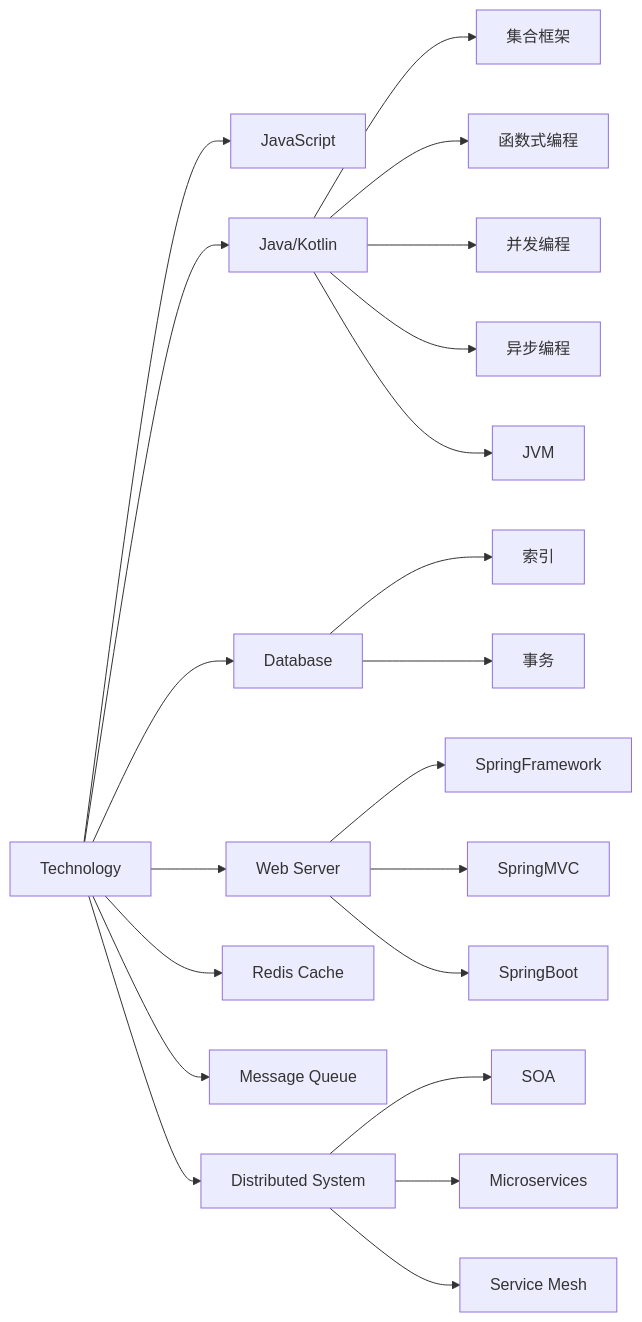
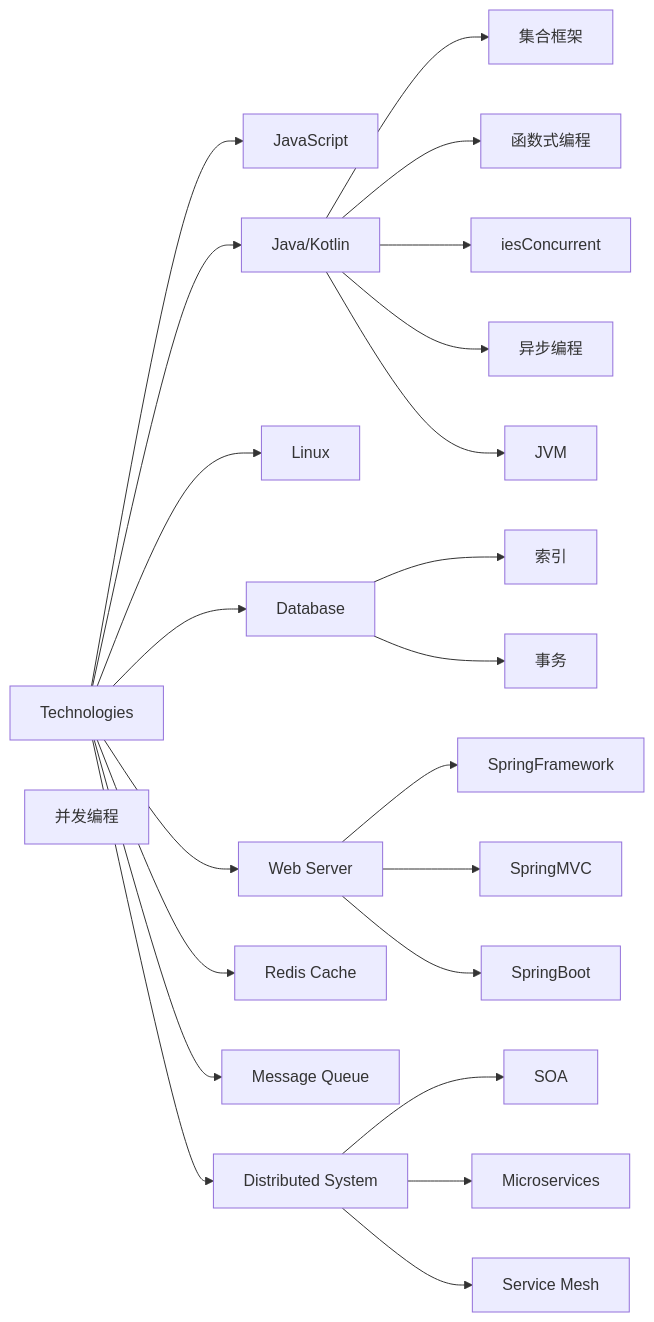
One commit to xtyuns/xtyuns changed the diagram in README.md. Above: the diagram before and after it, drawn with Mermaid.

Commit message:
Linux technology

````diff
--- a/README.md
+++ b/README.md
@@ -35,51 +35,54 @@
 ```mermaid
 graph LR
-    Root[Technology]
+    Root[Technologies]
 
     JS[JavaScript]
     Root --> JS
 
     Java[Java/Kotlin]
     Root --> Java
         Collection[集合框架]
         Java --> Collection
         Stream[函数式编程]
         Java --> Stream
         Concurrent[并发编程]
-        Java --> Concurrent
+        Java --> iesConcurrent
         Async[异步编程]
         Java --> Async
         JVM[JVM]
         Java --> JVM
+
+    Linux[Linux]
+    Root --> Linux
 
     DB[Database]
     Root --> DB
         DBIndex[索引]
         DB --> DBIndex
         Transaction[事务]
         DB --> Transaction
 
     WebServer[Web Server]
     Root --> WebServer
         Spring[SpringFramework]
         WebServer --> Spring
         SpringMVC[SpringMVC]
         WebServer --> SpringMVC
         SpringBoot[SpringBoot]
         WebServer --> SpringBoot
 
     Cache[Redis Cache]
     Root --> Cache
 
     MQ[Message Queue]
     Root --> MQ
 
     DS[Distributed System]
     Root --> DS
         SOA[SOA]
         DS --> SOA
         Microservices[Microservices]
         DS --> Microservices
         ServiceMesh[Service Mesh]
         DS --> ServiceMesh
 ```
````
